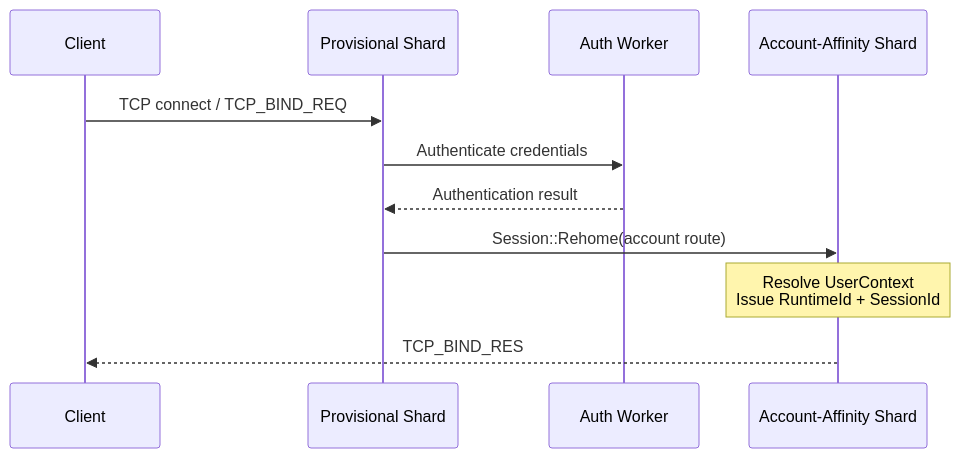
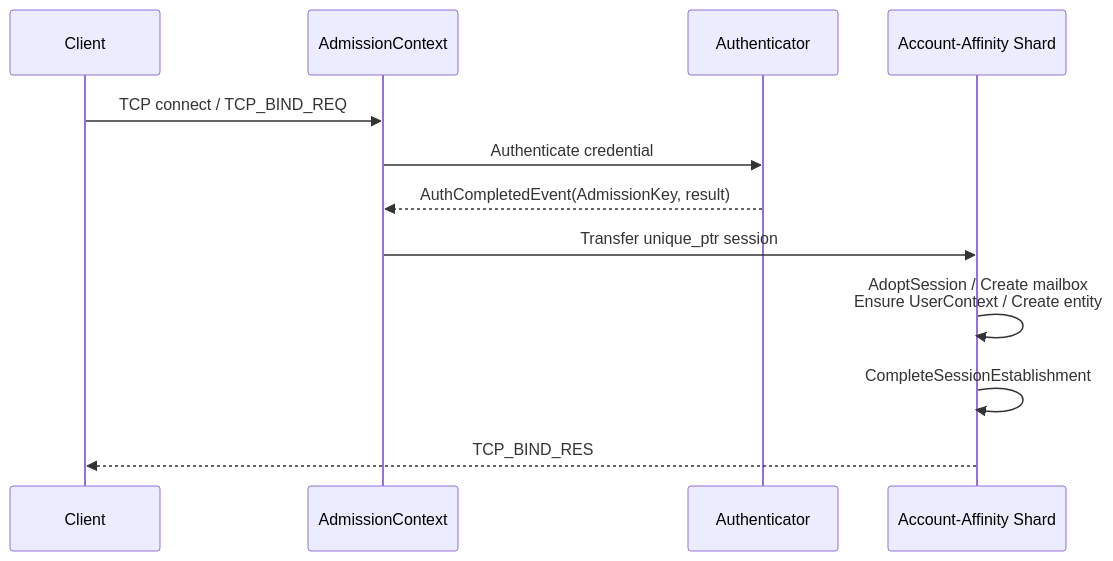
Before and after one commit to akxotjr/akxotjr.github.io: the second of 3 diagrams in content/Projects/Jam/Networking/01. Connection and Session Lifecycle.md, drawn with Mermaid. The commit also changed other lines of this file and 34 other files, not shown here.

````diff
--- a/content/Projects/Jam/Networking/01. Connection and Session Lifecycle.md
+++ b/content/Projects/Jam/Networking/01. Connection and Session Lifecycle.md
@@ -77,14 +53,15 @@
 ```mermaid
 sequenceDiagram
-    participant C as Client
-    participant P as Provisional Shard
-    participant A as Auth Worker
-    participant O as Account-Affinity Shard
+    participant C as Client
+    participant A as AdmissionContext
+    participant V as Authenticator
+    participant O as Account-Affinity Shard
 
-    C->>P: TCP connect / TCP_BIND_REQ
-    P->>A: Authenticate credentials
-    A-->>P: Authentication result
-    P->>O: Session::Rehome(account route)
-    Note over O: Resolve UserContext<br/>Issue RuntimeId + SessionId
-    O-->>C: TCP_BIND_RES
+    C->>A: TCP connect / TCP_BIND_REQ
+    A->>V: Authenticate credential
+    V-->>A: AuthCompletedEvent(AdmissionKey, result)
+    A->>O: Transfer unique_ptr session
+    O->>O: AdoptSession / Create mailbox<br/>Ensure UserContext / Create entity
+    O->>O: CompleteSessionEstablishment
+    O-->>C: TCP_BIND_RES
 ```
````
